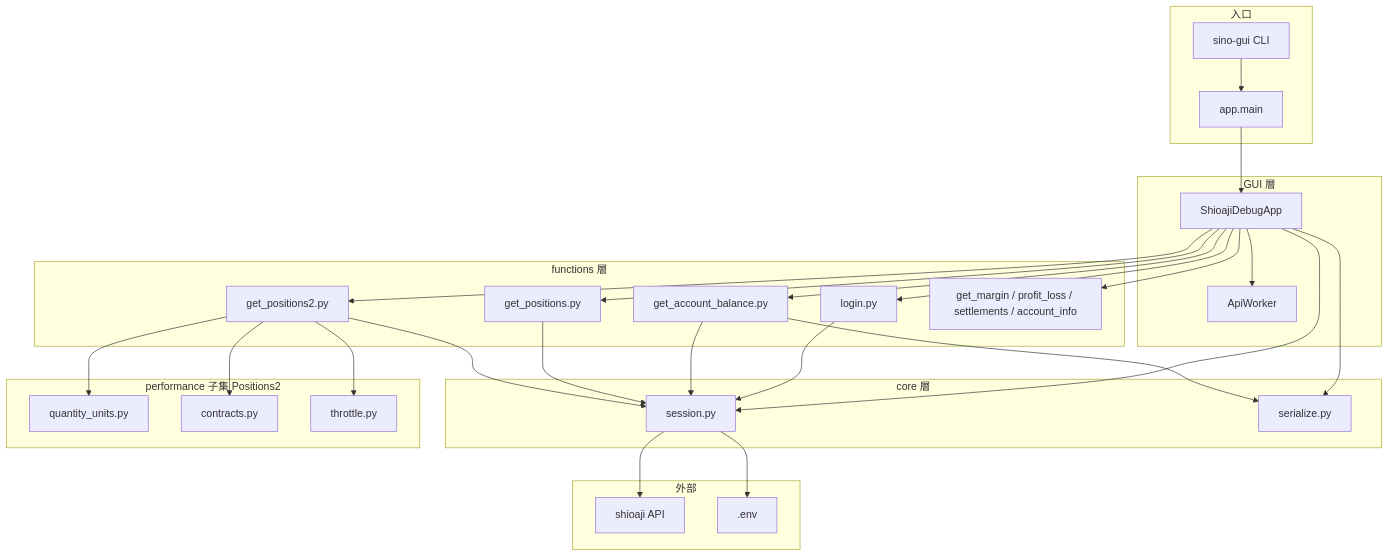
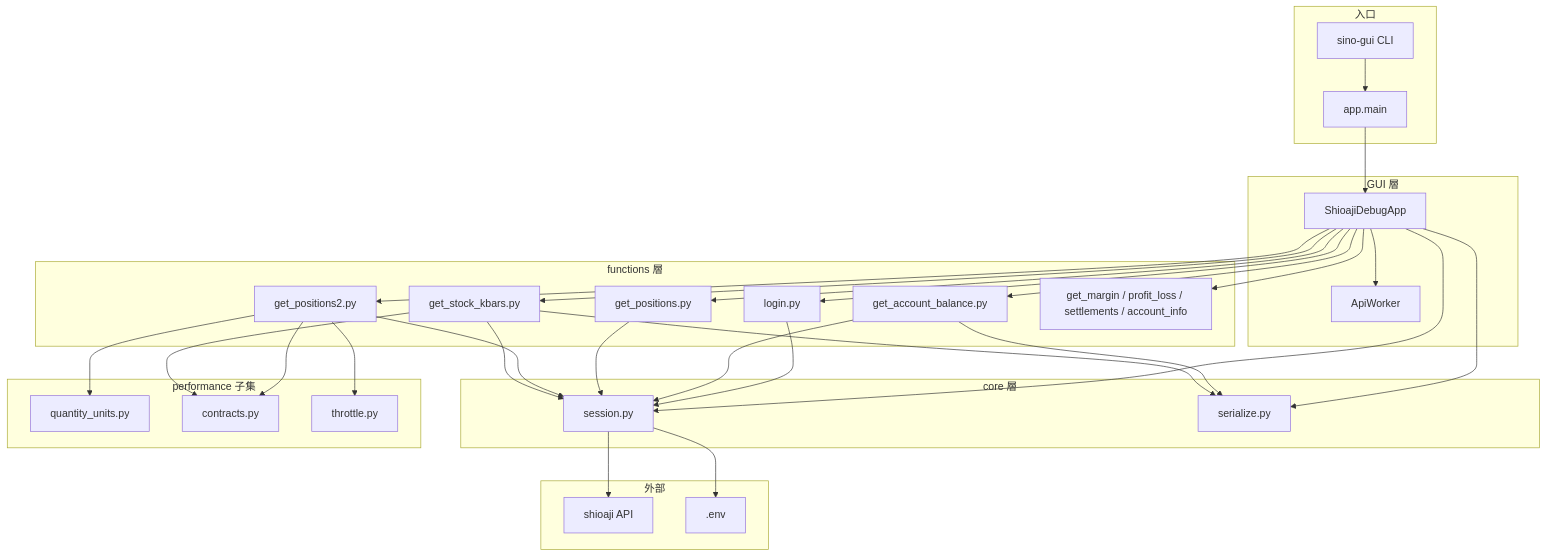
The first of 4 diagrams in docs/SINO_GUI_ARCHITECTURE.md (testtestProblem/sino_test_agent_cursor), drawn with Mermaid before and after one commit. The commit also changed other lines of this file and 1 other file, not shown here.

First line of the commit message:
Update sino-gui docs for kbars and P&L percent features.

````diff
--- a/docs/SINO_GUI_ARCHITECTURE.md
+++ b/docs/SINO_GUI_ARCHITECTURE.md
@@ -37,56 +39,61 @@
 ```mermaid
 flowchart TB
     subgraph entry [入口]
         CLI[sino-gui CLI]
         Main[app.main]
     end
 
     subgraph gui_layer [GUI 層]
         App[ShioajiDebugApp]
         Worker[ApiWorker]
     end
 
     subgraph func_layer [functions 層]
         Login[login.py]
         GetBalance[get_account_balance.py]
         GetPos[get_positions.py]
         GetPos2[get_positions2.py]
+        GetKbars[get_stock_kbars.py]
         Others[get_margin / profit_loss / settlements / account_info]
     end
 
     subgraph core_layer [core 層]
         Session[session.py]
         Serialize[serialize.py]
     end
 
-    subgraph perf_subset [performance 子集 Positions2]
+    subgraph perf_subset [performance 子集]
         Qty[quantity_units.py]
         Contracts[contracts.py]
         Throttle[throttle.py]
     end
 
     subgraph ext [外部]
         Shioaji[shioaji API]
         Env[.env]
     end
 
     CLI --> Main --> App
     App --> Worker
     App --> Login
     App --> GetBalance
     App --> GetPos
     App --> GetPos2
+    App --> GetKbars
     App --> Others
     App --> Session
     App --> Serialize
     Login --> Session
     GetBalance --> Session
     GetBalance --> Serialize
     GetPos --> Session
     GetPos2 --> Session
     GetPos2 --> Qty
     GetPos2 --> Contracts
     GetPos2 --> Throttle
+    GetKbars --> Session
+    GetKbars --> Contracts
+    GetKbars --> Serialize
     Session --> Shioaji
     Session --> Env
 ```
````
